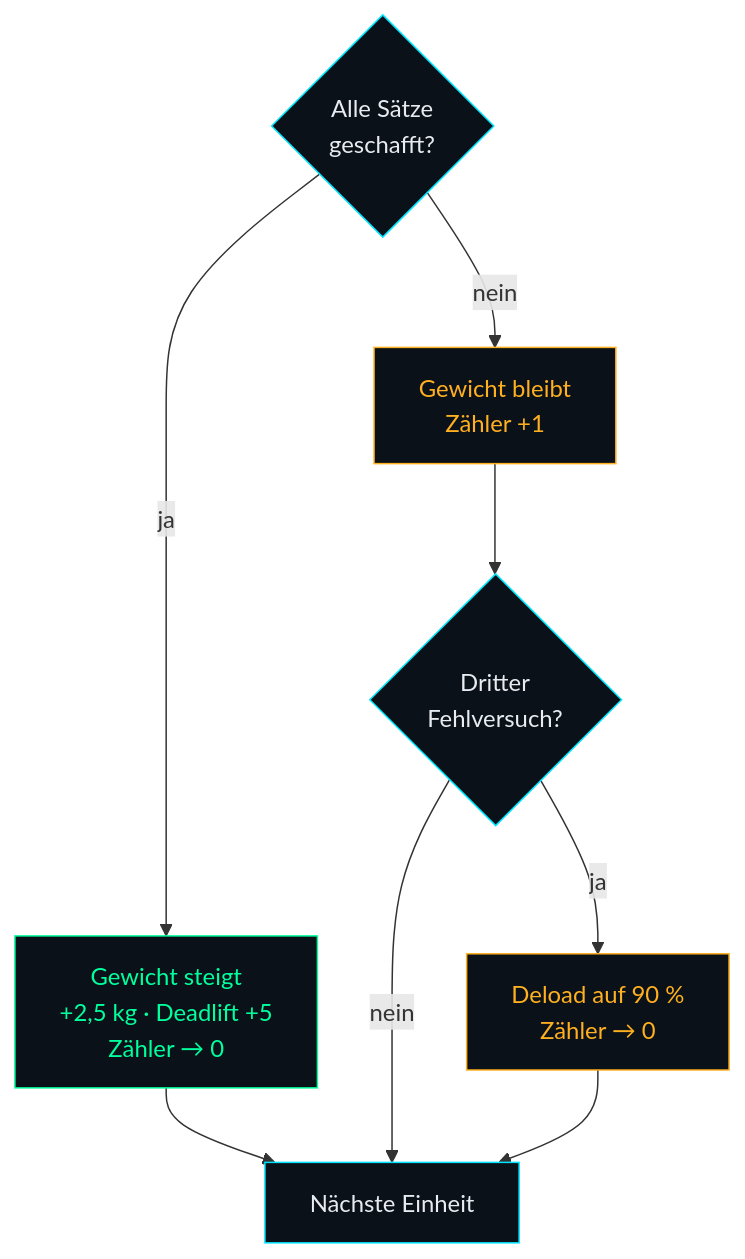
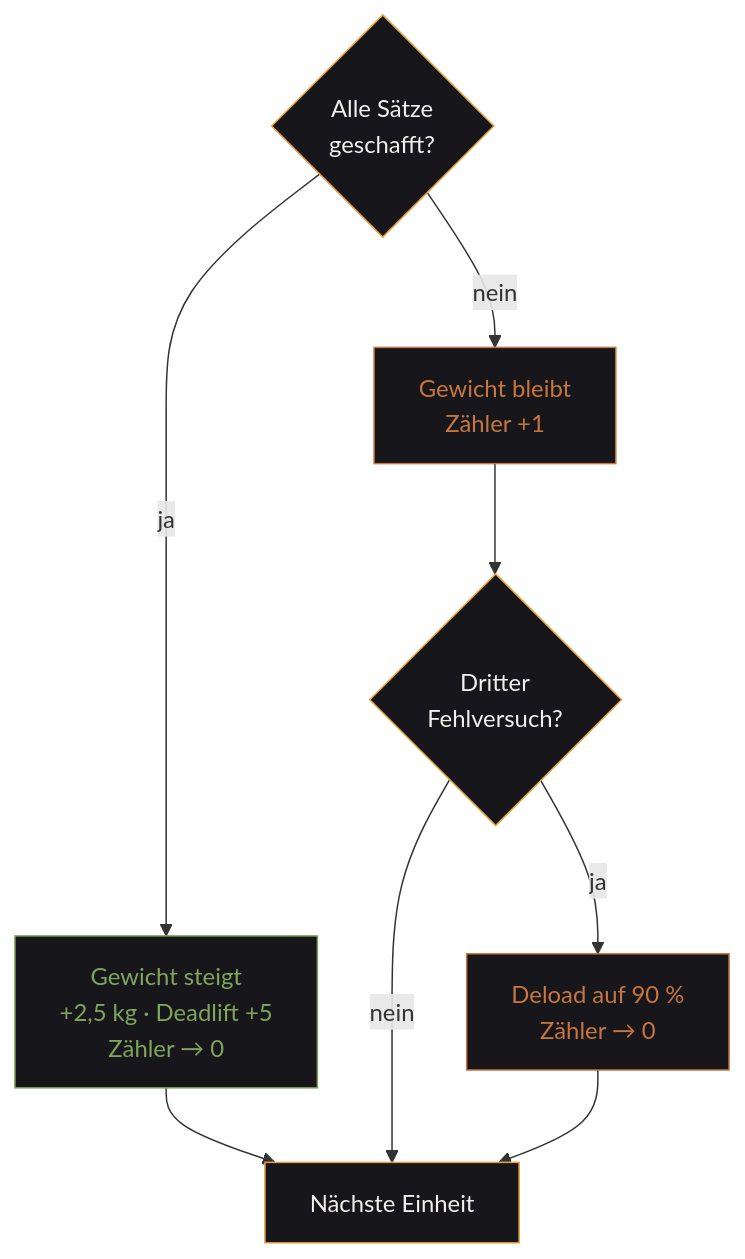
One commit to cyphomat/lifty changed the second of 2 diagrams in README.md. Above: the diagram before and after it, drawn with Mermaid. The commit also changed other lines of this file and 4 other files, not shown here.

````diff
--- a/README.md
+++ b/README.md
@@ -101,18 +101,18 @@
 ```mermaid
 flowchart TD
   E{"Alle Sätze<br/>geschafft?"}
   E -->|ja| P["Gewicht steigt<br/>+2,5 kg · Deadlift +5<br/>Zähler → 0"]
   E -->|nein| F["Gewicht bleibt<br/>Zähler +1"]
   F --> G{"Dritter<br/>Fehlversuch?"}
   G -->|nein| W["Nächste Einheit"]
   G -->|ja| D["Deload auf 90 %<br/>Zähler → 0"]
   P --> W
   D --> W
 
-  classDef gut fill:#0b1119,stroke:#00ff9d,color:#00ff9d
-  classDef schlecht fill:#0b1119,stroke:#ffb020,color:#ffb020
-  classDef frage fill:#0b1119,stroke:#00e5ff,color:#e8ecf1
+  classDef gut fill:#17161b,stroke:#7fa65c,color:#7fa65c
+  classDef schlecht fill:#17161b,stroke:#c8763f,color:#c8763f
+  classDef frage fill:#17161b,stroke:#e8a23d,color:#f2f0ec
   class P gut
   class F,D schlecht
   class E,G,W frage
 ```
````
